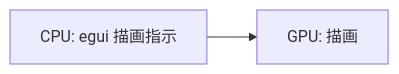
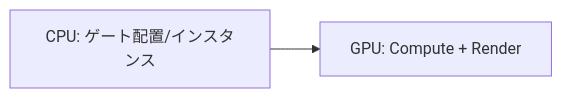
One commit to qniapp/qni-webgpu changed the third of 4 diagrams in docs/architecture.md. Above: the diagram before and after it, drawn with Mermaid. The commit also changed other lines of this file and 9 other files, not shown here.

Commit message:
Move state vector compute/render to WebGPU

````diff
--- a/docs/architecture.md
+++ b/docs/architecture.md
@@ -54,4 +54,4 @@
 ```mermaid
 flowchart LR
-  CPU[CPU: egui 描画指示] --> GPU[GPU: 描画]
+  CPU[CPU: ゲート配置/インスタンス] --> GPU[GPU: Compute + Render]
 ```
````
